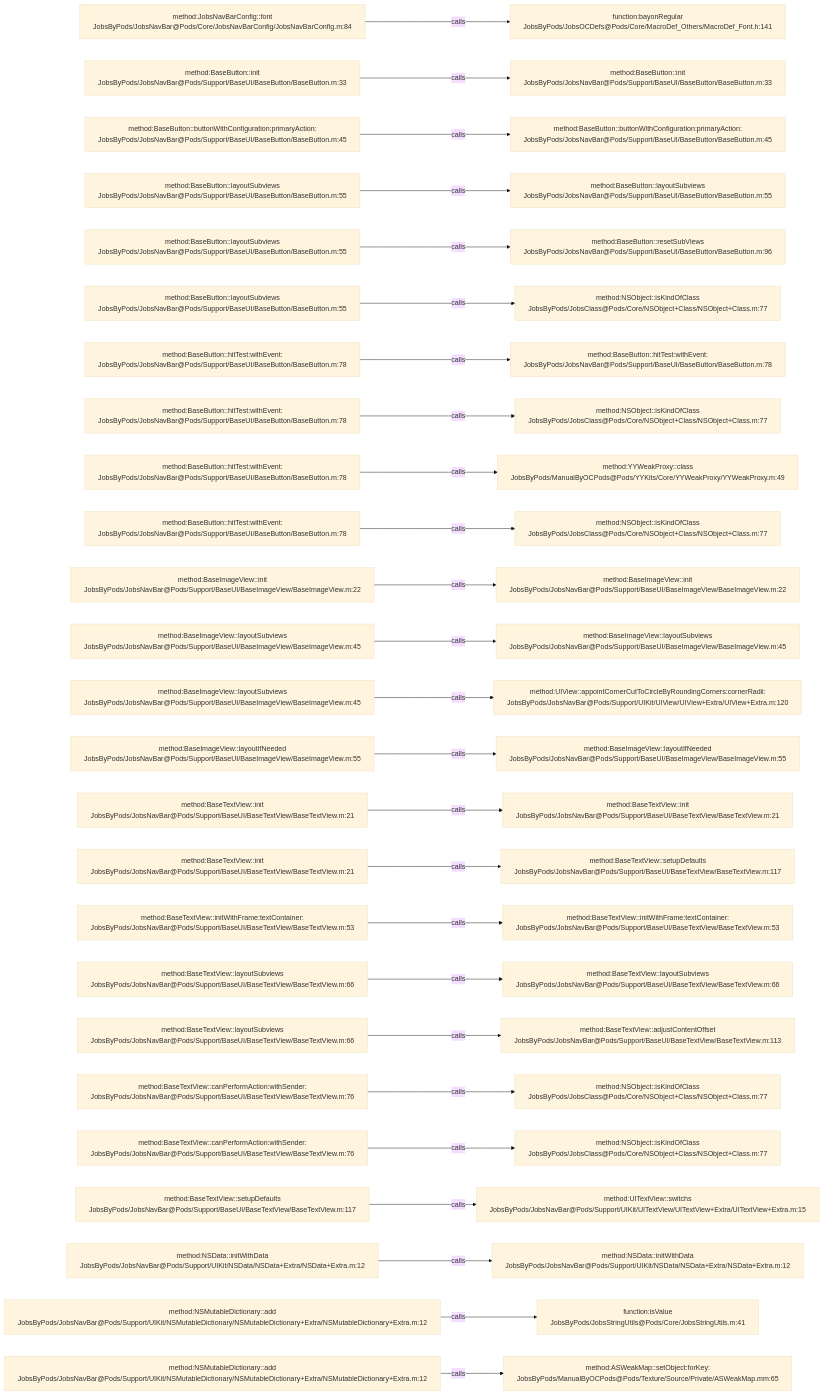
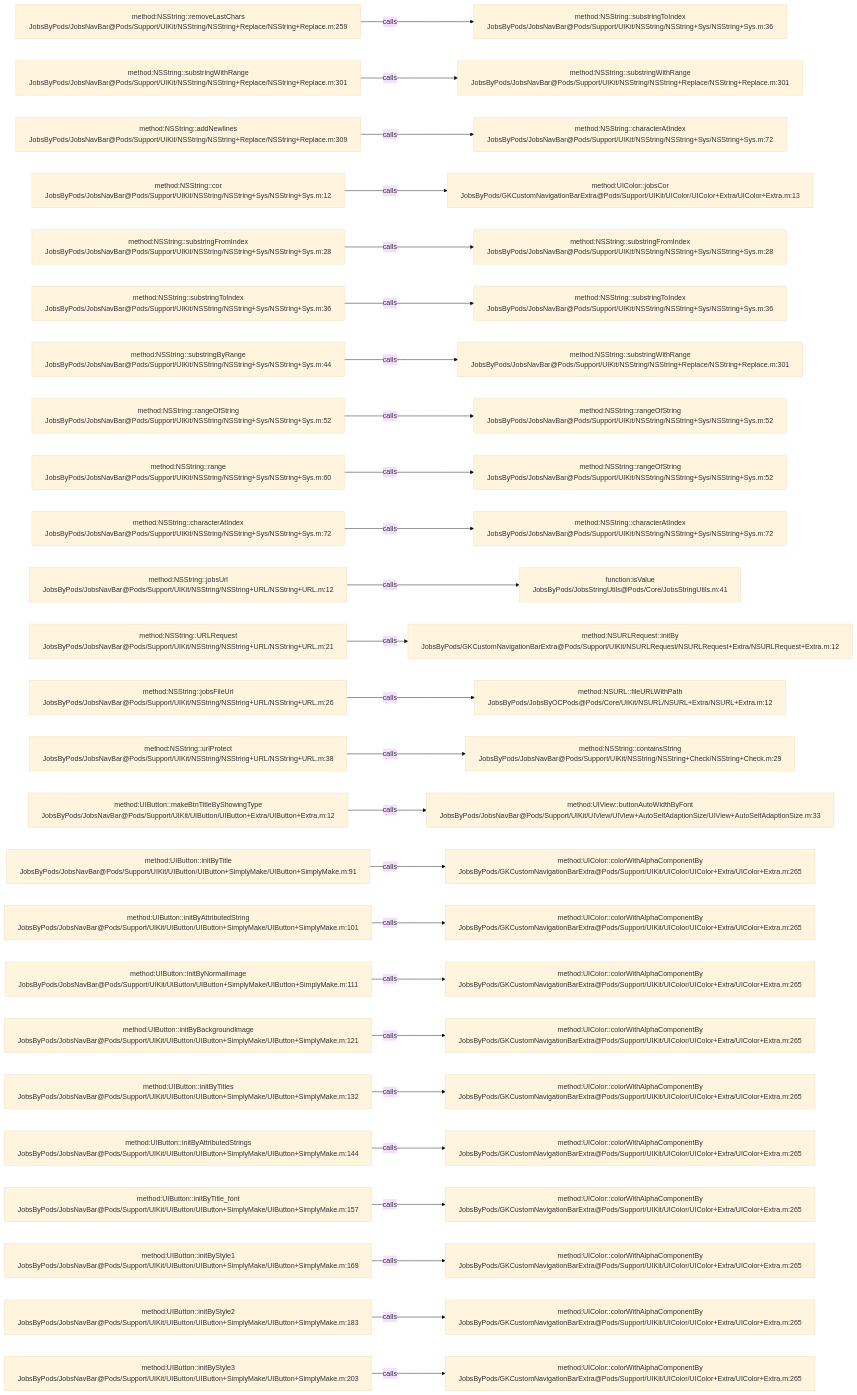
Before and after one commit to JobsKits/JobsOCBaseConfigDemo: the diagram in .codegraph/codegraph.md/graphs/calls-116.md, drawn with Mermaid (base theme). The commit also changed 639 other files, not shown here.

````diff
--- a/.codegraph/codegraph.md/graphs/calls-116.md
+++ b/.codegraph/codegraph.md/graphs/calls-116.md
@@ -13,78 +13,78 @@
 ```mermaid
 flowchart LR
-  S1["method:JobsNavBarConfig::font<br/>JobsByPods/JobsNavBar@Pods/Core/JobsNavBarConfig/JobsNavBarConfig.m:84"]
-  T1["function:bayonRegular<br/>JobsByPods/JobsOCDefs@Pods/Core/MacroDef_Others/MacroDef_Font.h:141"]
+  S1["method:NSString::removeLastChars<br/>JobsByPods/JobsNavBar@Pods/Support/UIKit/NSString/NSString+Replace/NSString+Replace.m:259"]
+  T1["method:NSString::substringToIndex<br/>JobsByPods/JobsNavBar@Pods/Support/UIKit/NSString/NSString+Sys/NSString+Sys.m:36"]
   S1 -->|calls| T1
-  S2["method:BaseButton::init<br/>JobsByPods/JobsNavBar@Pods/Support/BaseUI/BaseButton/BaseButton.m:33"]
-  T2["method:BaseButton::init<br/>JobsByPods/JobsNavBar@Pods/Support/BaseUI/BaseButton/BaseButton.m:33"]
+  S2["method:NSString::substringWithRange<br/>JobsByPods/JobsNavBar@Pods/Support/UIKit/NSString/NSString+Replace/NSString+Replace.m:301"]
+  T2["method:NSString::substringWithRange<br/>JobsByPods/JobsNavBar@Pods/Support/UIKit/NSString/NSString+Replace/NSString+Replace.m:301"]
   S2 -->|calls| T2
-  S3["method:BaseButton::buttonWithConfiguration:primaryAction:<br/>JobsByPods/JobsNavBar@Pods/Support/BaseUI/BaseButton/BaseButton.m:45"]
-  T3["method:BaseButton::buttonWithConfiguration:primaryAction:<br/>JobsByPods/JobsNavBar@Pods/Support/BaseUI/BaseButton/BaseButton.m:45"]
+  S3["method:NSString::addNewlines<br/>JobsByPods/JobsNavBar@Pods/Support/UIKit/NSString/NSString+Replace/NSString+Replace.m:309"]
+  T3["method:NSString::characterAtIndex<br/>JobsByPods/JobsNavBar@Pods/Support/UIKit/NSString/NSString+Sys/NSString+Sys.m:72"]
   S3 -->|calls| T3
-  S4["method:BaseButton::layoutSubviews<br/>JobsByPods/JobsNavBar@Pods/Support/BaseUI/BaseButton/BaseButton.m:55"]
-  T4["method:BaseButton::layoutSubviews<br/>JobsByPods/JobsNavBar@Pods/Support/BaseUI/BaseButton/BaseButton.m:55"]
+  S4["method:NSString::cor<br/>JobsByPods/JobsNavBar@Pods/Support/UIKit/NSString/NSString+Sys/NSString+Sys.m:12"]
+  T4["method:UIColor::jobsCor<br/>JobsByPods/GKCustomNavigationBarExtra@Pods/Support/UIKit/UIColor/UIColor+Extra/UIColor+Extra.m:13"]
   S4 -->|calls| T4
-  S5["method:BaseButton::layoutSubviews<br/>JobsByPods/JobsNavBar@Pods/Support/BaseUI/BaseButton/BaseButton.m:55"]
-  T5["method:BaseButton::resetSubViews<br/>JobsByPods/JobsNavBar@Pods/Support/BaseUI/BaseButton/BaseButton.m:96"]
+  S5["method:NSString::substringFromIndex<br/>JobsByPods/JobsNavBar@Pods/Support/UIKit/NSString/NSString+Sys/NSString+Sys.m:28"]
+  T5["method:NSString::substringFromIndex<br/>JobsByPods/JobsNavBar@Pods/Support/UIKit/NSString/NSString+Sys/NSString+Sys.m:28"]
   S5 -->|calls| T5
-  S6["method:BaseButton::layoutSubviews<br/>JobsByPods/JobsNavBar@Pods/Support/BaseUI/BaseButton/BaseButton.m:55"]
-  T6["method:NSObject::isKindOfClass<br/>JobsByPods/JobsClass@Pods/Core/NSObject+Class/NSObject+Class.m:77"]
+  S6["method:NSString::substringToIndex<br/>JobsByPods/JobsNavBar@Pods/Support/UIKit/NSString/NSString+Sys/NSString+Sys.m:36"]
+  T6["method:NSString::substringToIndex<br/>JobsByPods/JobsNavBar@Pods/Support/UIKit/NSString/NSString+Sys/NSString+Sys.m:36"]
   S6 -->|calls| T6
-  S7["method:BaseButton::hitTest:withEvent:<br/>JobsByPods/JobsNavBar@Pods/Support/BaseUI/BaseButton/BaseButton.m:78"]
-  T7["method:BaseButton::hitTest:withEvent:<br/>JobsByPods/JobsNavBar@Pods/Support/BaseUI/BaseButton/BaseButton.m:78"]
+  S7["method:NSString::substringByRange<br/>JobsByPods/JobsNavBar@Pods/Support/UIKit/NSString/NSString+Sys/NSString+Sys.m:44"]
+  T7["method:NSString::substringWithRange<br/>JobsByPods/JobsNavBar@Pods/Support/UIKit/NSString/NSString+Replace/NSString+Replace.m:301"]
   S7 -->|calls| T7
-  S8["method:BaseButton::hitTest:withEvent:<br/>JobsByPods/JobsNavBar@Pods/Support/BaseUI/BaseButton/BaseButton.m:78"]
-  T8["method:NSObject::isKindOfClass<br/>JobsByPods/JobsClass@Pods/Core/NSObject+Class/NSObject+Class.m:77"]
+  S8["method:NSString::rangeOfString<br/>JobsByPods/JobsNavBar@Pods/Support/UIKit/NSString/NSString+Sys/NSString+Sys.m:52"]
+  T8["method:NSString::rangeOfString<br/>JobsByPods/JobsNavBar@Pods/Support/UIKit/NSString/NSString+Sys/NSString+Sys.m:52"]
   S8 -->|calls| T8
-  S9["method:BaseButton::hitTest:withEvent:<br/>JobsByPods/JobsNavBar@Pods/Support/BaseUI/BaseButton/BaseButton.m:78"]
-  T9["method:YYWeakProxy::class<br/>JobsByPods/ManualByOCPods@Pods/YYKits/Core/YYWeakProxy/YYWeakProxy.m:49"]
+  S9["method:NSString::range<br/>JobsByPods/JobsNavBar@Pods/Support/UIKit/NSString/NSString+Sys/NSString+Sys.m:60"]
+  T9["method:NSString::rangeOfString<br/>JobsByPods/JobsNavBar@Pods/Support/UIKit/NSString/NSString+Sys/NSString+Sys.m:52"]
   S9 -->|calls| T9
-  S10["method:BaseButton::hitTest:withEvent:<br/>JobsByPods/JobsNavBar@Pods/Support/BaseUI/BaseButton/BaseButton.m:78"]
-  T10["method:NSObject::isKindOfClass<br/>JobsByPods/JobsClass@Pods/Core/NSObject+Class/NSObject+Class.m:77"]
+  S10["method:NSString::characterAtIndex<br/>JobsByPods/JobsNavBar@Pods/Support/UIKit/NSString/NSString+Sys/NSString+Sys.m:72"]
+  T10["method:NSString::characterAtIndex<br/>JobsByPods/JobsNavBar@Pods/Support/UIKit/NSString/NSString+Sys/NSString+Sys.m:72"]
   S10 -->|calls| T10
-  S11["method:BaseImageView::init<br/>JobsByPods/JobsNavBar@Pods/Support/BaseUI/BaseImageView/BaseImageView.m:22"]
-  T11["method:BaseImageView::init<br/>JobsByPods/JobsNavBar@Pods/Support/BaseUI/BaseImageView/BaseImageView.m:22"]
+  S11["method:NSString::jobsUrl<br/>JobsByPods/JobsNavBar@Pods/Support/UIKit/NSString/NSString+URL/NSString+URL.m:12"]
+  T11["function:isValue<br/>JobsByPods/JobsStringUtils@Pods/Core/JobsStringUtils.m:41"]
   S11 -->|calls| T11
-  S12["method:BaseImageView::layoutSubviews<br/>JobsByPods/JobsNavBar@Pods/Support/BaseUI/BaseImageView/BaseImageView.m:45"]
-  T12["method:BaseImageView::layoutSubviews<br/>JobsByPods/JobsNavBar@Pods/Support/BaseUI/BaseImageView/BaseImageView.m:45"]
+  S12["method:NSString::URLRequest<br/>JobsByPods/JobsNavBar@Pods/Support/UIKit/NSString/NSString+URL/NSString+URL.m:21"]
+  T12["method:NSURLRequest::initBy<br/>JobsByPods/GKCustomNavigationBarExtra@Pods/Support/UIKit/NSURLRequest/NSURLRequest+Extra/NSURLRequest+Extra.m:12"]
   S12 -->|calls| T12
-  S13["method:BaseImageView::layoutSubviews<br/>JobsByPods/JobsNavBar@Pods/Support/BaseUI/BaseImageView/BaseImageView.m:45"]
-  T13["method:UIView::appointCornerCutToCircleByRoundingCorners:cornerRadii:<br/>JobsByPods/JobsNavBar@Pods/Support/UIKit/UIView/UIView+Extra/UIView+Extra.m:120"]
+  S13["method:NSString::jobsFileUrl<br/>JobsByPods/JobsNavBar@Pods/Support/UIKit/NSString/NSString+URL/NSString+URL.m:26"]
+  T13["method:NSURL::fileURLWithPath<br/>JobsByPods/JobsByOCPods@Pods/Core/UIKit/NSURL/NSURL+Extra/NSURL+Extra.m:12"]
   S13 -->|calls| T13
-  S14["method:BaseImageView::layoutIfNeeded<br/>JobsByPods/JobsNavBar@Pods/Support/BaseUI/BaseImageView/BaseImageView.m:55"]
-  T14["method:BaseImageView::layoutIfNeeded<br/>JobsByPods/JobsNavBar@Pods/Support/BaseUI/BaseImageView/BaseImageView.m:55"]
+  S14["method:NSString::urlProtect<br/>JobsByPods/JobsNavBar@Pods/Support/UIKit/NSString/NSString+URL/NSString+URL.m:38"]
+  T14["method:NSString::containsString<br/>JobsByPods/JobsNavBar@Pods/Support/UIKit/NSString/NSString+Check/NSString+Check.m:29"]
   S14 -->|calls| T14
-  S15["method:BaseTextView::init<br/>JobsByPods/JobsNavBar@Pods/Support/BaseUI/BaseTextView/BaseTextView.m:21"]
-  T15["method:BaseTextView::init<br/>JobsByPods/JobsNavBar@Pods/Support/BaseUI/BaseTextView/BaseTextView.m:21"]
+  S15["method:UIButton::makeBtnTitleByShowingType<br/>JobsByPods/JobsNavBar@Pods/Support/UIKit/UIButton/UIButton+Extra/UIButton+Extra.m:12"]
+  T15["method:UIView::buttonAutoWidthByFont<br/>JobsByPods/JobsNavBar@Pods/Support/UIKit/UIView/UIView+AutoSelfAdaptionSize/UIView+AutoSelfAdaptionSize.m:33"]
   S15 -->|calls| T15
-  S16["method:BaseTextView::init<br/>JobsByPods/JobsNavBar@Pods/Support/BaseUI/BaseTextView/BaseTextView.m:21"]
-  T16["method:BaseTextView::setupDefaults<br/>JobsByPods/JobsNavBar@Pods/Support/BaseUI/BaseTextView/BaseTextView.m:117"]
+  S16["method:UIButton::initByTitle<br/>JobsByPods/JobsNavBar@Pods/Support/UIKit/UIButton/UIButton+SimplyMake/UIButton+SimplyMake.m:91"]
+  T16["method:UIColor::colorWithAlphaComponentBy<br/>JobsByPods/GKCustomNavigationBarExtra@Pods/Support/UIKit/UIColor/UIColor+Extra/UIColor+Extra.m:265"]
   S16 -->|calls| T16
-  S17["method:BaseTextView::initWithFrame:textContainer:<br/>JobsByPods/JobsNavBar@Pods/Support/BaseUI/BaseTextView/BaseTextView.m:53"]
-  T17["method:BaseTextView::initWithFrame:textContainer:<br/>JobsByPods/JobsNavBar@Pods/Support/BaseUI/BaseTextView/BaseTextView.m:53"]
+  S17["method:UIButton::initByAttributedString<br/>JobsByPods/JobsNavBar@Pods/Support/UIKit/UIButton/UIButton+SimplyMake/UIButton+SimplyMake.m:101"]
+  T17["method:UIColor::colorWithAlphaComponentBy<br/>JobsByPods/GKCustomNavigationBarExtra@Pods/Support/UIKit/UIColor/UIColor+Extra/UIColor+Extra.m:265"]
   S17 -->|calls| T17
-  S18["method:BaseTextView::layoutSubviews<br/>JobsByPods/JobsNavBar@Pods/Support/BaseUI/BaseTextView/BaseTextView.m:66"]
-  T18["method:BaseTextView::layoutSubviews<br/>JobsByPods/JobsNavBar@Pods/Support/BaseUI/BaseTextView/BaseTextView.m:66"]
+  S18["method:UIButton::initByNormalImage<br/>JobsByPods/JobsNavBar@Pods/Support/UIKit/UIButton/UIButton+SimplyMake/UIButton+SimplyMake.m:111"]
+  T18["method:UIColor::colorWithAlphaComponentBy<br/>JobsByPods/GKCustomNavigationBarExtra@Pods/Support/UIKit/UIColor/UIColor+Extra/UIColor+Extra.m:265"]
   S18 -->|calls| T18
-  S19["method:BaseTextView::layoutSubviews<br/>JobsByPods/JobsNavBar@Pods/Support/BaseUI/BaseTextView/BaseTextView.m:66"]
-  T19["method:BaseTextView::adjustContentOffset<br/>JobsByPods/JobsNavBar@Pods/Support/BaseUI/BaseTextView/BaseTextView.m:113"]
+  S19["method:UIButton::initByBackgroundImage<br/>JobsByPods/JobsNavBar@Pods/Support/UIKit/UIButton/UIButton+SimplyMake/UIButton+SimplyMake.m:121"]
+  T19["method:UIColor::colorWithAlphaComponentBy<br/>JobsByPods/GKCustomNavigationBarExtra@Pods/Support/UIKit/UIColor/UIColor+Extra/UIColor+Extra.m:265"]
   S19 -->|calls| T19
-  S20["method:BaseTextView::canPerformAction:withSender:<br/>JobsByPods/JobsNavBar@Pods/Support/BaseUI/BaseTextView/BaseTextView.m:76"]
-  T20["method:NSObject::isKindOfClass<br/>JobsByPods/JobsClass@Pods/Core/NSObject+Class/NSObject+Class.m:77"]
+  S20["method:UIButton::initByTitles<br/>JobsByPods/JobsNavBar@Pods/Support/UIKit/UIButton/UIButton+SimplyMake/UIButton+SimplyMake.m:132"]
+  T20["method:UIColor::colorWithAlphaComponentBy<br/>JobsByPods/GKCustomNavigationBarExtra@Pods/Support/UIKit/UIColor/UIColor+Extra/UIColor+Extra.m:265"]
   S20 -->|calls| T20
-  S21["method:BaseTextView::canPerformAction:withSender:<br/>JobsByPods/JobsNavBar@Pods/Support/BaseUI/BaseTextView/BaseTextView.m:76"]
-  T21["method:NSObject::isKindOfClass<br/>JobsByPods/JobsClass@Pods/Core/NSObject+Class/NSObject+Class.m:77"]
+  S21["method:UIButton::initByAttributedStrings<br/>JobsByPods/JobsNavBar@Pods/Support/UIKit/UIButton/UIButton+SimplyMake/UIButton+SimplyMake.m:144"]
+  T21["method:UIColor::colorWithAlphaComponentBy<br/>JobsByPods/GKCustomNavigationBarExtra@Pods/Support/UIKit/UIColor/UIColor+Extra/UIColor+Extra.m:265"]
   S21 -->|calls| T21
-  S22["method:BaseTextView::setupDefaults<br/>JobsByPods/JobsNavBar@Pods/Support/BaseUI/BaseTextView/BaseTextView.m:117"]
-  T22["method:UITextView::switchs<br/>JobsByPods/JobsNavBar@Pods/Support/UIKit/UITextView/UITextView+Extra/UITextView+Extra.m:15"]
+  S22["method:UIButton::initByTitle_font<br/>JobsByPods/JobsNavBar@Pods/Support/UIKit/UIButton/UIButton+SimplyMake/UIButton+SimplyMake.m:157"]
+  T22["method:UIColor::colorWithAlphaComponentBy<br/>JobsByPods/GKCustomNavigationBarExtra@Pods/Support/UIKit/UIColor/UIColor+Extra/UIColor+Extra.m:265"]
   S22 -->|calls| T22
-  S23["method:NSData::initWithData<br/>JobsByPods/JobsNavBar@Pods/Support/UIKit/NSData/NSData+Extra/NSData+Extra.m:12"]
-  T23["method:NSData::initWithData<br/>JobsByPods/JobsNavBar@Pods/Support/UIKit/NSData/NSData+Extra/NSData+Extra.m:12"]
+  S23["method:UIButton::initByStyle1<br/>JobsByPods/JobsNavBar@Pods/Support/UIKit/UIButton/UIButton+SimplyMake/UIButton+SimplyMake.m:169"]
+  T23["method:UIColor::colorWithAlphaComponentBy<br/>JobsByPods/GKCustomNavigationBarExtra@Pods/Support/UIKit/UIColor/UIColor+Extra/UIColor+Extra.m:265"]
   S23 -->|calls| T23
-  S24["method:NSMutableDictionary::add<br/>JobsByPods/JobsNavBar@Pods/Support/UIKit/NSMutableDictionary/NSMutableDictionary+Extra/NSMutableDictionary+Extra.m:12"]
-  T24["function:isValue<br/>JobsByPods/JobsStringUtils@Pods/Core/JobsStringUtils.m:41"]
+  S24["method:UIButton::initByStyle2<br/>JobsByPods/JobsNavBar@Pods/Support/UIKit/UIButton/UIButton+SimplyMake/UIButton+SimplyMake.m:183"]
+  T24["method:UIColor::colorWithAlphaComponentBy<br/>JobsByPods/GKCustomNavigationBarExtra@Pods/Support/UIKit/UIColor/UIColor+Extra/UIColor+Extra.m:265"]
   S24 -->|calls| T24
-  S25["method:NSMutableDictionary::add<br/>JobsByPods/JobsNavBar@Pods/Support/UIKit/NSMutableDictionary/NSMutableDictionary+Extra/NSMutableDictionary+Extra.m:12"]
-  T25["method:ASWeakMap::setObject:forKey:<br/>JobsByPods/ManualByOCPods@Pods/Texture/Source/Private/ASWeakMap.mm:65"]
+  S25["method:UIButton::initByStyle3<br/>JobsByPods/JobsNavBar@Pods/Support/UIKit/UIButton/UIButton+SimplyMake/UIButton+SimplyMake.m:203"]
+  T25["method:UIColor::colorWithAlphaComponentBy<br/>JobsByPods/GKCustomNavigationBarExtra@Pods/Support/UIKit/UIColor/UIColor+Extra/UIColor+Extra.m:265"]
   S25 -->|calls| T25
 ```
````
